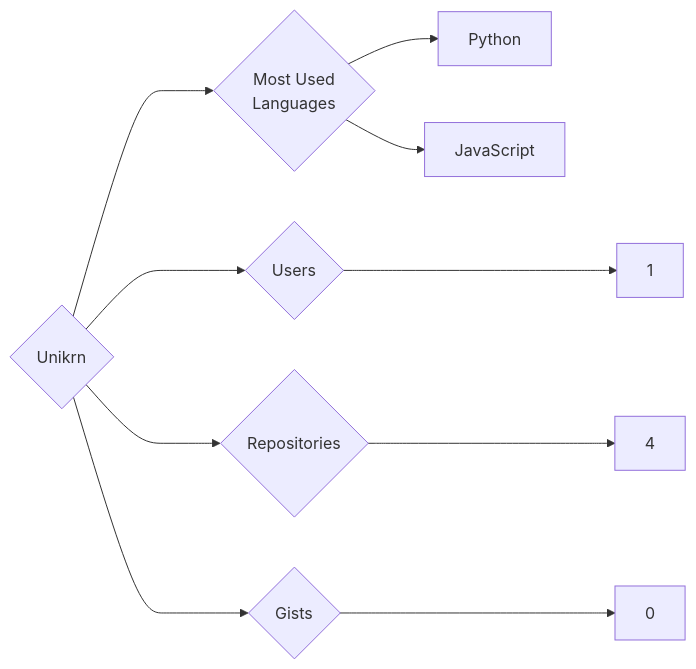
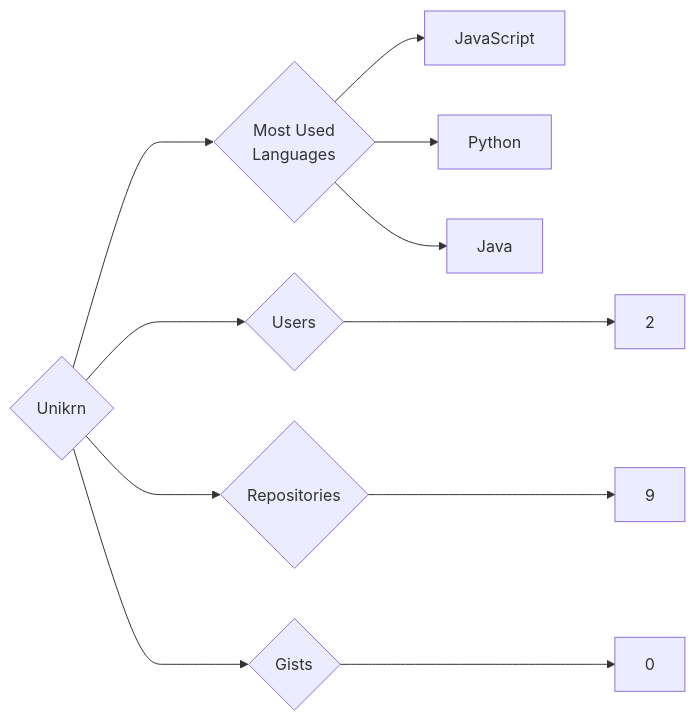
One commit to trickest/insiders changed the diagram in targets/Unikrn/README.md. Above: the diagram before and after it, drawn with Mermaid. The commit also changed 995 other files, not shown here.

````diff
--- a/targets/Unikrn/README.md
+++ b/targets/Unikrn/README.md
@@ -3,10 +3,11 @@
 ```mermaid
 graph LR
 COMPANY_NAME{Unikrn}
-COMPANY_NAME ---> U{Users} ---> UN[1]
-COMPANY_NAME ---> R{Repositories} ---> RN[4]
+COMPANY_NAME ---> U{Users} ---> UN[2]
+COMPANY_NAME ---> R{Repositories} ---> RN[9]
 COMPANY_NAME ---> G{Gists} ---> GN[0]
 COMPANY_NAME ---> ML{Most Used<br>Languages}
+ML --> JavaScript[JavaScript]
 ML --> Python[Python]
-ML --> JavaScript[JavaScript]
+ML --> Java[Java]
 ```
````
